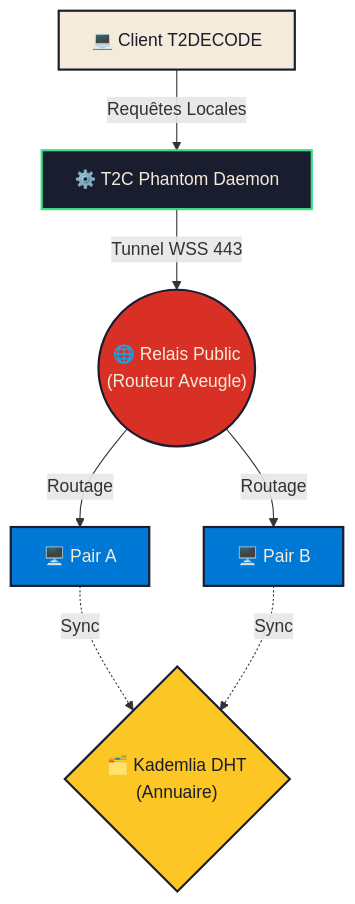
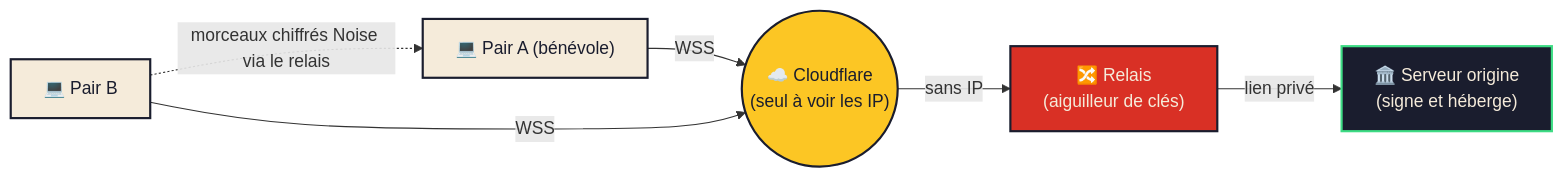
One commit to TUTODECODE-FR/T2C-Phantom changed the diagram in README.md. Above: the diagram before and after it, drawn with Mermaid. The commit also changed other lines of this file and 66 other files, not shown here.

````diff
--- a/README.md
+++ b/README.md
@@ -62,15 +60,13 @@
 ```mermaid
-flowchart TD
+flowchart LR
     classDef client fill:#F5EBDA,stroke:#1A1D2E,stroke-width:2px,color:#1A1D2E;
-    classDef daemon fill:#1A1D2E,stroke:#3DDC84,stroke-width:2px,color:#F5EBDA;
     classDef relay fill:#D93025,stroke:#1A1D2E,stroke-width:2px,color:#F5EBDA;
-    classDef peer fill:#0078D6,stroke:#1A1D2E,stroke-width:2px,color:#F5EBDA;
-    classDef dht fill:#FCC624,stroke:#1A1D2E,stroke-width:2px,color:#1A1D2E;
+    classDef origin fill:#1A1D2E,stroke:#3DDC84,stroke-width:2px,color:#F5EBDA;
+    classDef cf fill:#FCC624,stroke:#1A1D2E,stroke-width:2px,color:#1A1D2E;
 
-    C["💻 Client T2DECODE"]:::client -->|Requêtes Locales| D["⚙️ T2C Phantom Daemon"]:::daemon
-    D -->|Tunnel WSS 443| R(("🌐 Relais Public\n(Routeur Aveugle)")):::relay
-    R -->|Routage| P1["🖥️ Pair A"]:::peer
-    R -->|Routage| P2["🖥️ Pair B"]:::peer
-    P1 -.->|Sync| DHT{"🗂️ Kademlia DHT\n(Annuaire)"}:::dht
-    P2 -.->|Sync| DHT
+    A["💻 Pair A (bénévole)"]:::client -->|WSS| CF(("☁️ Cloudflare\n(seul à voir les IP)")):::cf
+    B["💻 Pair B"]:::client -->|WSS| CF
+    CF -->|sans IP| R["🔀 Relais\n(aiguilleur de clés)"]:::relay
+    R -->|lien privé| O["🏛️ Serveur origine\n(signe et héberge)"]:::origin
+    B -. "morceaux chiffrés Noise via le relais" .-> A
 ```
````
